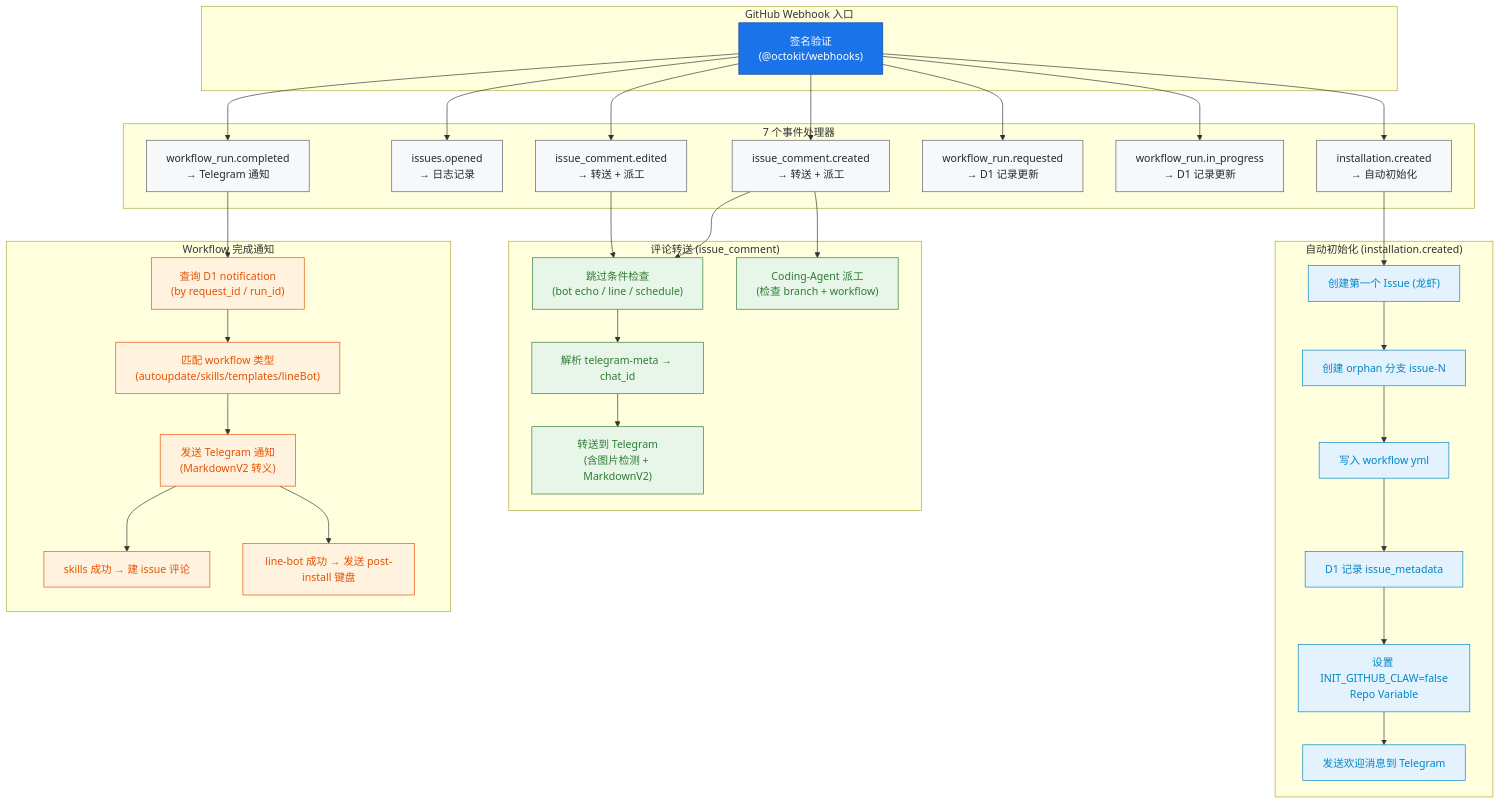
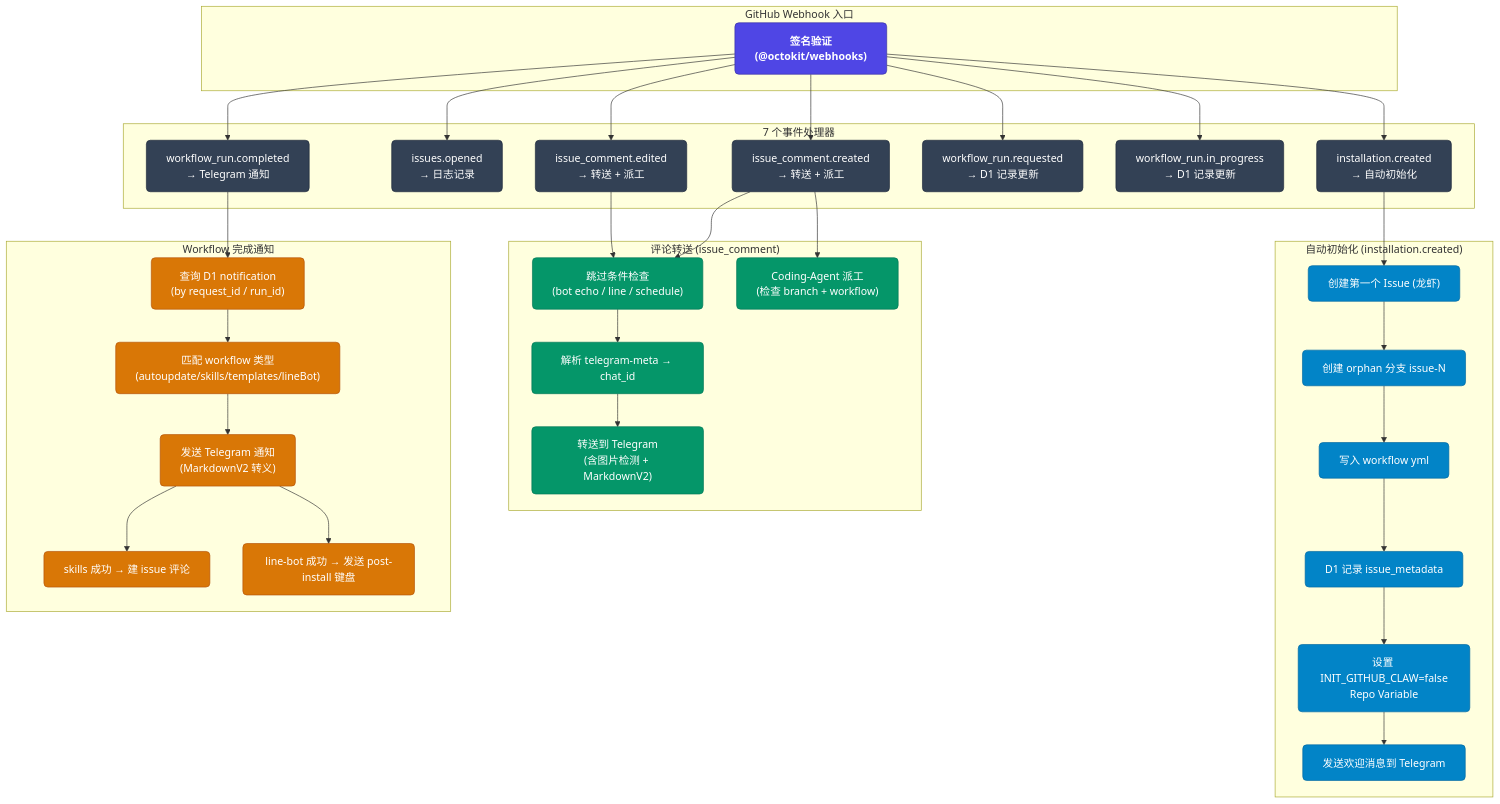
The fourth of 11 diagrams in src/ARCHITECTURE.md (jeffsia-blacksmith/altShiftClawCore), drawn with Mermaid before and after one commit. The commit also changed other lines of this file and 30 other files, not shown here.

````diff
--- a/src/ARCHITECTURE.md
+++ b/src/ARCHITECTURE.md
@@ -235,56 +234,56 @@
 ```mermaid
 flowchart TB
-    classDef entry fill:#1a73e8,stroke:#0d47a1,color:#fff
-    classDef event fill:#f6f8fa,stroke:#586069,color:#24292e
-    classDef init fill:#e3f2fd,stroke:#0086c4,color:#0086c4
-    classDef relay fill:#e8f5e9,stroke:#2e7d32,color:#2e7d32
-    classDef notify fill:#fff3e0,stroke:#e65100,color:#e65100
+    classDef entry fill:#4f46e5,stroke:#3730a3,color:#fff,font-weight:bold,rx:6px
+    classDef event fill:#334155,stroke:#1e293b,color:#fff,rx:6px
+    classDef init fill:#0284c7,stroke:#0369a1,color:#fff,rx:6px
+    classDef relay fill:#059669,stroke:#047857,color:#fff,rx:6px
+    classDef notify fill:#d97706,stroke:#b45309,color:#fff,rx:6px
 
     subgraph "GitHub Webhook 入口"
         SIGN["签名验证<br/>(@octokit/webhooks)"]:::entry
     end
 
     subgraph "7 个事件处理器"
         E1["installation.created<br/>→ 自动初始化"]:::event
         E2["issues.opened<br/>→ 日志记录"]:::event
         E3["issue_comment.created<br/>→ 转送 + 派工"]:::event
         E4["issue_comment.edited<br/>→ 转送 + 派工"]:::event
         E5["workflow_run.requested<br/>→ D1 记录更新"]:::event
         E6["workflow_run.in_progress<br/>→ D1 记录更新"]:::event
         E7["workflow_run.completed<br/>→ Telegram 通知"]:::event
     end
 
     subgraph "自动初始化 (installation.created)"
         AI1["创建第一个 Issue (龙虾)"]:::init
         AI2["创建 orphan 分支 issue-N"]:::init
         AI3["写入 workflow yml"]:::init
         AI4["D1 记录 issue_metadata"]:::init
         AI5["设置 INIT_GITHUB_CLAW=false<br/>Repo Variable"]:::init
         AI6["发送欢迎消息到 Telegram"]:::init
     end
 
     subgraph "评论转送 (issue_comment)"
         RC1["跳过条件检查<br/>(bot echo / line / schedule)"]:::relay
         RC2["解析 telegram-meta → chat_id"]:::relay
         RC3["转送到 Telegram<br/>(含图片检测 + MarkdownV2)"]:::relay
         RC4["Coding-Agent 派工<br/>(检查 branch + workflow)"]:::relay
     end
 
     subgraph "Workflow 完成通知"
         WN1["查询 D1 notification<br/>(by request_id / run_id)"]:::notify
         WN2["匹配 workflow 类型<br/>(autoupdate/skills/templates/lineBot)"]:::notify
         WN3["发送 Telegram 通知<br/>(MarkdownV2 转义)"]:::notify
         WN4["skills 成功 → 建 issue 评论"]:::notify
         WN5["line-bot 成功 → 发送 post-install 键盘"]:::notify
     end
 
     SIGN --> E1 & E2 & E3 & E4 & E5 & E6 & E7
 
     E1 --> AI1 --> AI2 --> AI3 --> AI4 --> AI5 --> AI6
     E3 --> RC1 --> RC2 --> RC3
     E3 --> RC4
     E4 --> RC1
     E7 --> WN1 --> WN2 --> WN3
     WN3 --> WN4
     WN3 --> WN5
 ```
````
